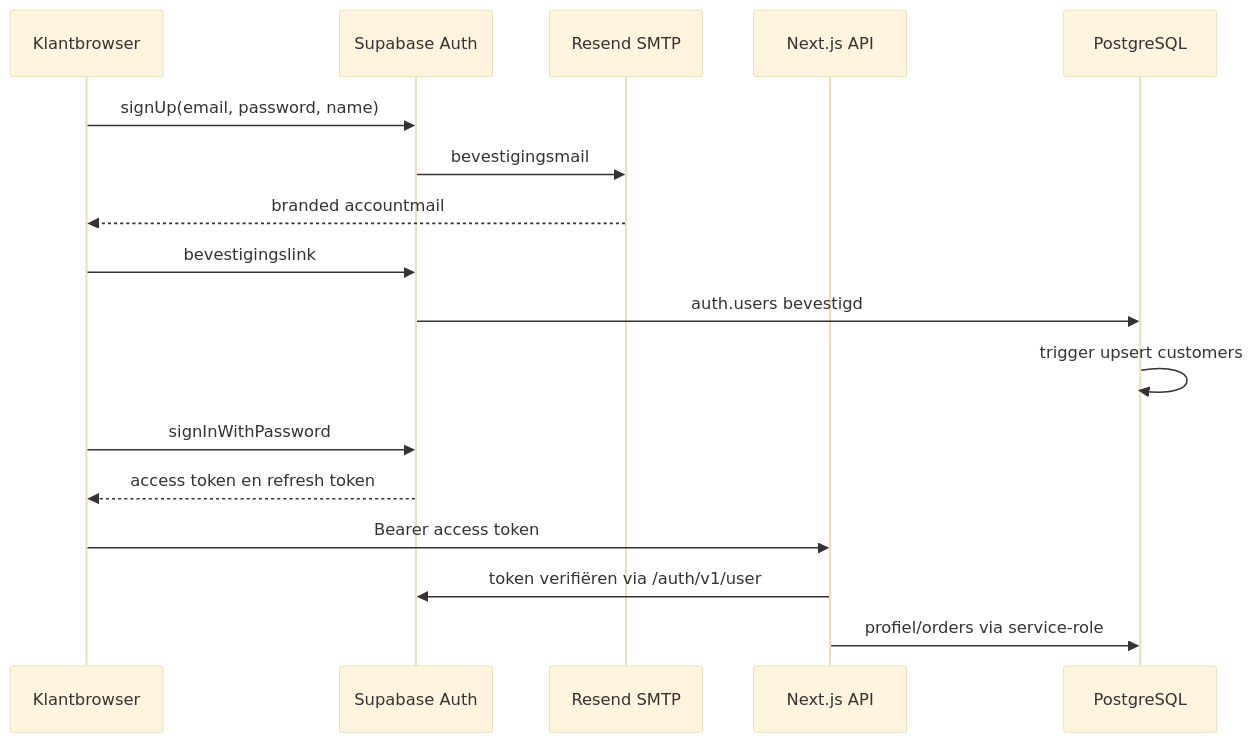
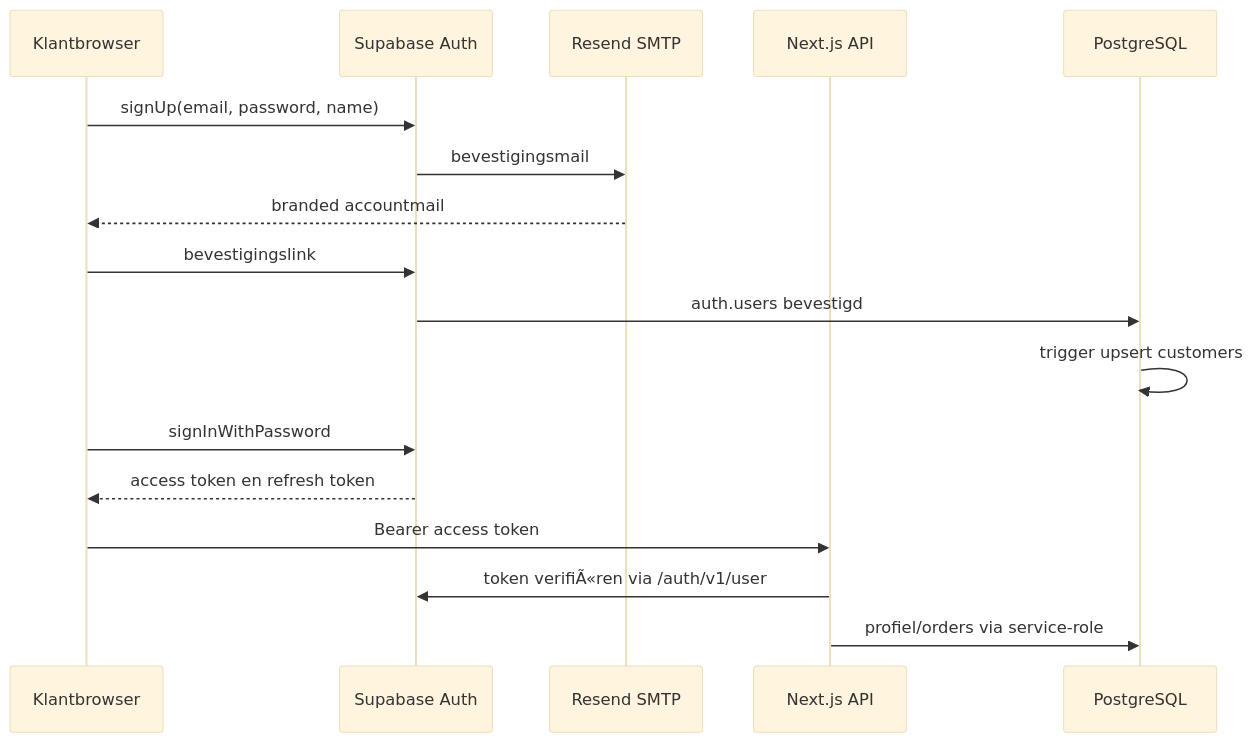
Before and after one commit to jimmybergsma3-collab/NANCY-S-CASTALLA: the second of 3 diagrams in docs/TECHNICAL_HANDOVER.md, drawn with Mermaid (base theme). The commit also changed other lines of this file and 23 other files, not shown here.

````diff
--- a/docs/TECHNICAL_HANDOVER.md
+++ b/docs/TECHNICAL_HANDOVER.md
@@ -437,20 +467,20 @@
 ```mermaid
 sequenceDiagram
     participant K as Klantbrowser
     participant S as Supabase Auth
     participant M as Resend SMTP
     participant N as Next.js API
     participant D as PostgreSQL
 
     K->>S: signUp(email, password, name)
     S->>M: bevestigingsmail
     M-->>K: branded accountmail
     K->>S: bevestigingslink
     S->>D: auth.users bevestigd
     D->>D: trigger upsert customers
     K->>S: signInWithPassword
     S-->>K: access token en refresh token
     K->>N: Bearer access token
-    N->>S: token verifiëren via /auth/v1/user
+    N->>S: token verifiÃ«ren via /auth/v1/user
     N->>D: profiel/orders via service-role
 ```
````
